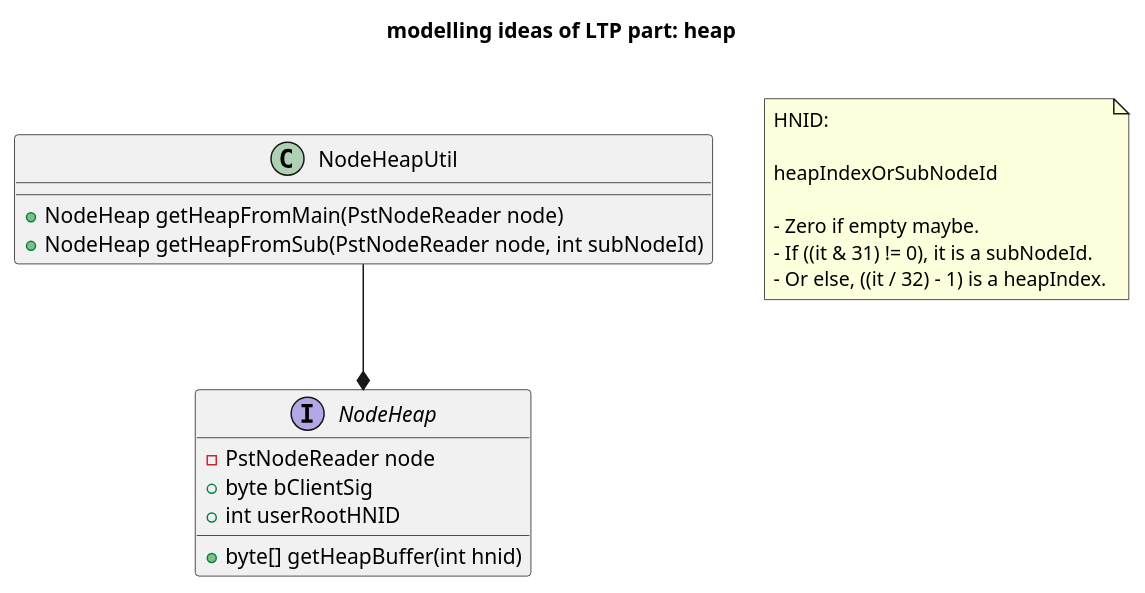
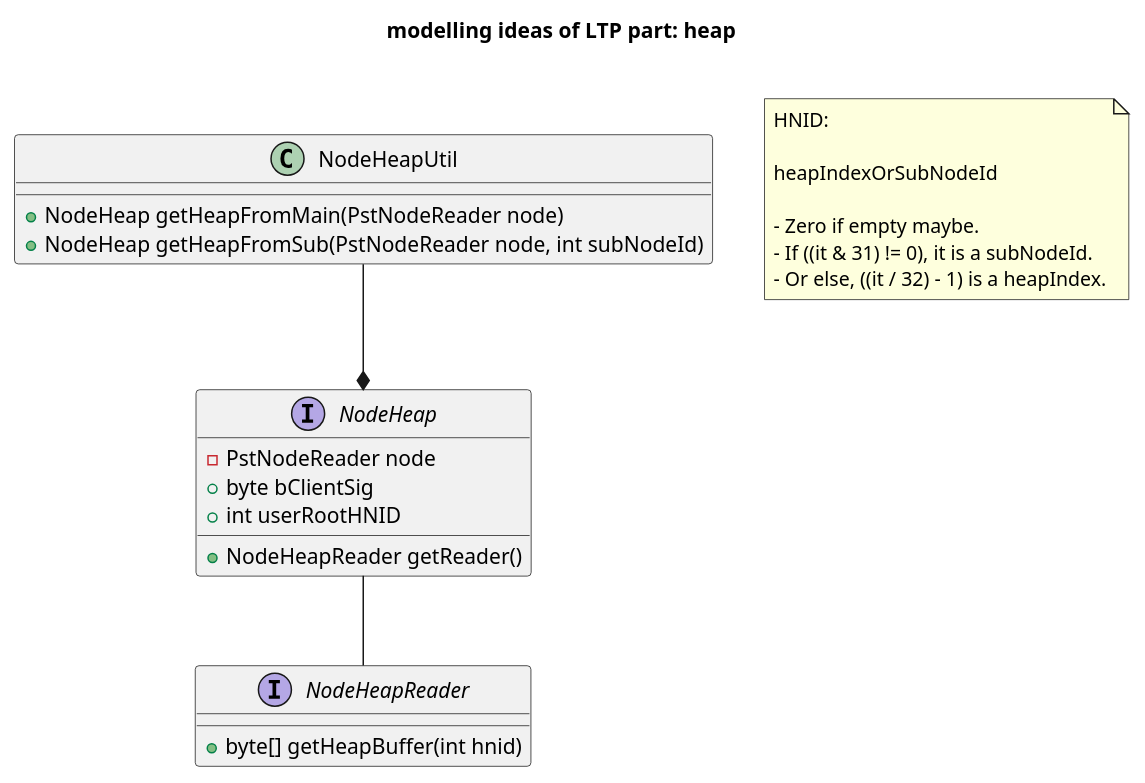
The third of 5 diagrams in plantuml/base.plantuml (Kris-LIBIS/ruby-msg), drawn with PlantUML before and after one commit. The commit also changed other lines of this file and 3 other files, not shown here.

Commit message:
Split NodeHeap to NodeHeap and NodeHeapReader

```diff
--- a/plantuml/base.plantuml
+++ b/plantuml/base.plantuml
@@ -57,27 +57,32 @@
 @startuml ltp_heap
 title modelling ideas of LTP part: heap\n
 class NodeHeapUtil {
     + NodeHeap getHeapFromMain(PstNodeReader node)
     + NodeHeap getHeapFromSub(PstNodeReader node, int subNodeId)
 }
 
 interface NodeHeap {
     - PstNodeReader node
     + byte bClientSig
     + int userRootHNID
 
+    + NodeHeapReader getReader()
+}
+
+interface NodeHeapReader {
     + byte[] getHeapBuffer(int hnid)
 }
 
 note as N1
     HNID:
 
     heapIndexOrSubNodeId
 
     - Zero if empty maybe.
     - If ((it & 31) != 0), it is a subNodeId.
     - Or else, ((it / 32) - 1) is a heapIndex.
 end note
 
 NodeHeapUtil --* NodeHeap
+NodeHeap -- NodeHeapReader
 @enduml
```
